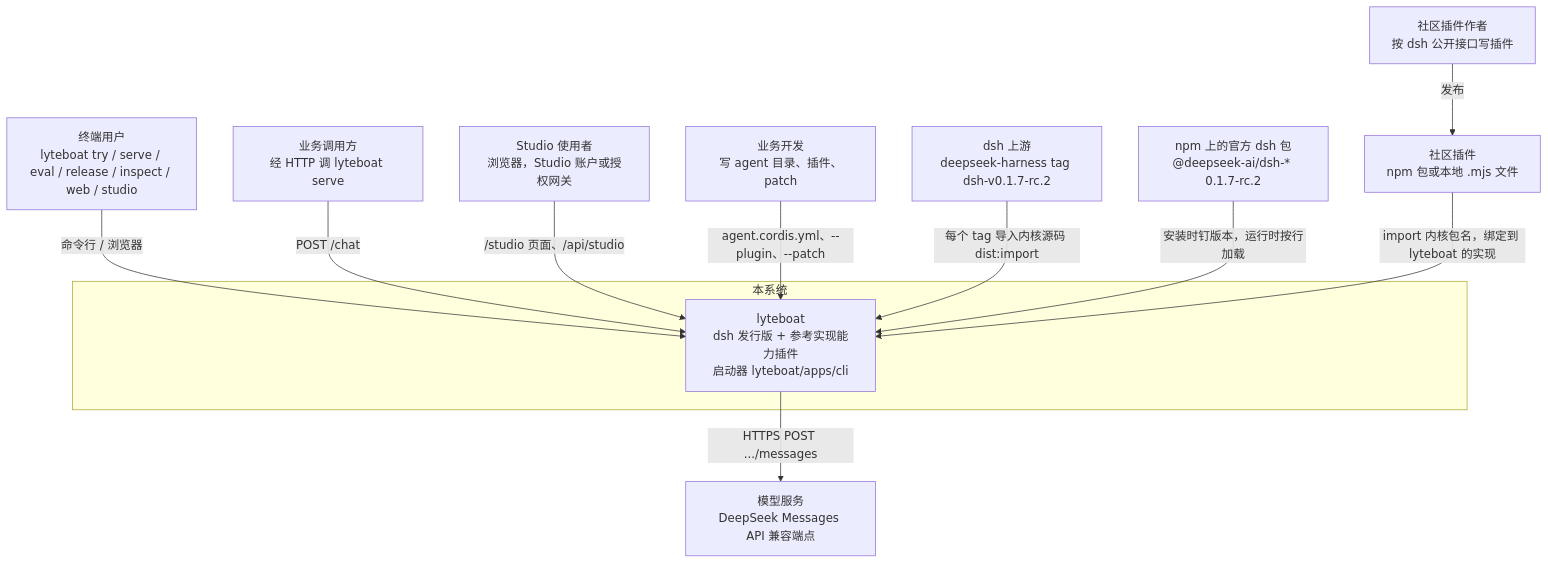
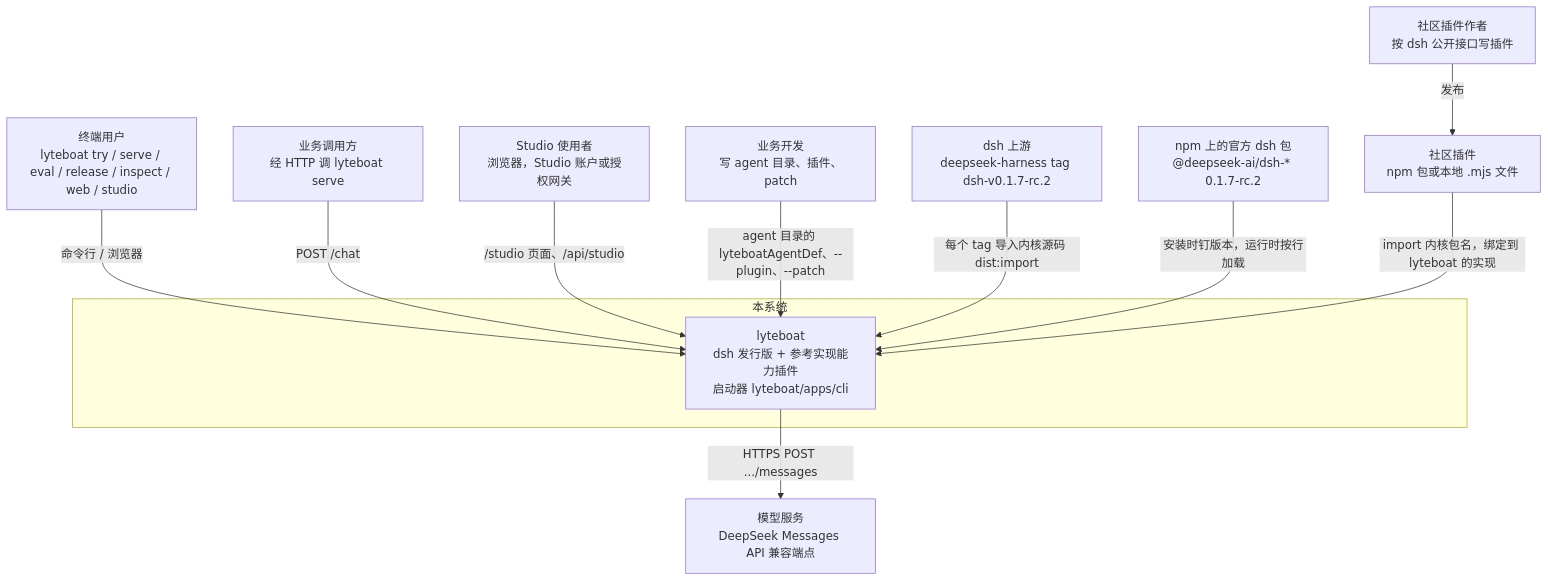
Before and after one commit to lyteboat/lyteboat: the first of 11 diagrams in docs/01-architecture.md, drawn with Mermaid. The commit also changed other lines of this file and 3 other files, not shown here.

````diff
--- a/docs/01-architecture.md
+++ b/docs/01-architecture.md
@@ -68,24 +68,24 @@
 ```mermaid
 flowchart TB
   user["终端用户<br/>lyteboat try / serve / eval / release / inspect / web / studio"]
   caller["业务调用方<br/>经 HTTP 调 lyteboat serve"]
   sviewer["Studio 使用者<br/>浏览器，Studio 账户或授权网关"]
   dev["业务开发<br/>写 agent 目录、插件、patch"]
   author["社区插件作者<br/>按 dsh 公开接口写插件"]
   subgraph SYS["本系统"]
     lyteboat["lyteboat<br/>dsh 发行版 + 参考实现能力插件<br/>启动器 lyteboat/apps/cli"]
   end
   upstream["dsh 上游<br/>deepseek-harness tag dsh-v0.1.7-rc.2"]
   npm["npm 上的官方 dsh 包<br/>@deepseek-ai/dsh-* 0.1.7-rc.2"]
   cplug["社区插件<br/>npm 包或本地 .mjs 文件"]
   model["模型服务<br/>DeepSeek Messages API 兼容端点"]
   user -->|"命令行 / 浏览器"| lyteboat
   caller -->|"POST /chat"| lyteboat
   sviewer -->|"/studio 页面、/api/studio"| lyteboat
-  dev -->|"agent.cordis.yml、--plugin、--patch"| lyteboat
+  dev -->|"agent 目录的 lyteboatAgentDef、--plugin、--patch"| lyteboat
   upstream -->|"每个 tag 导入内核源码 dist:import"| lyteboat
   npm -->|"安装时钉版本，运行时按行加载"| lyteboat
   author -->|"发布"| cplug
   cplug -->|"import 内核包名，绑定到 lyteboat 的实现"| lyteboat
   lyteboat -->|"HTTPS POST .../messages"| model
 ```
````
